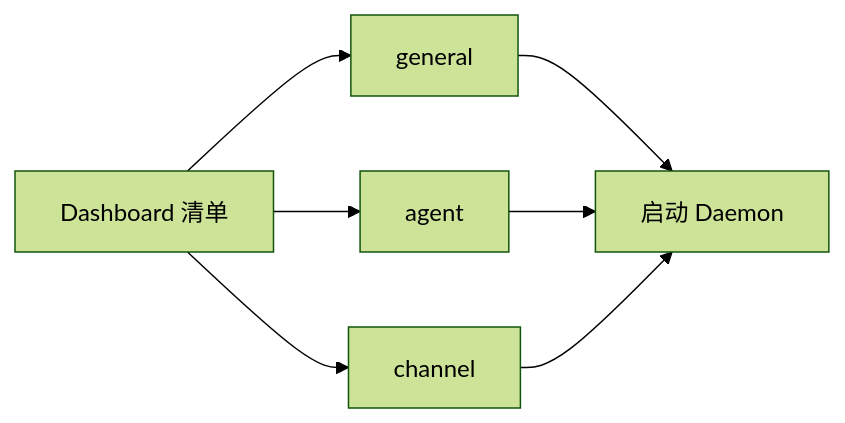
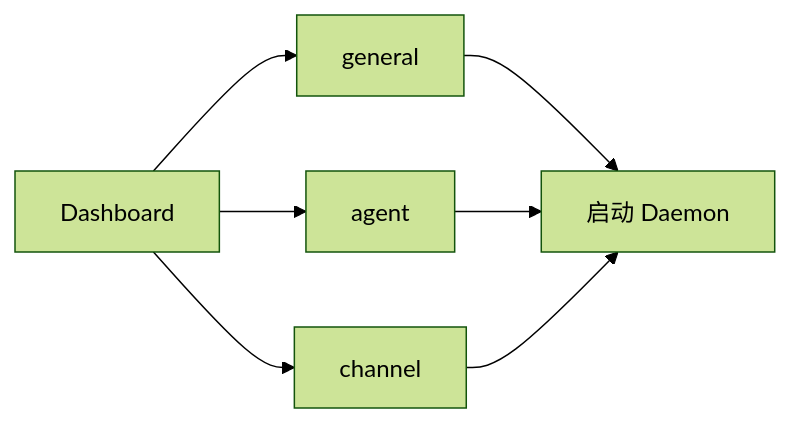
Before and after one commit to lk-eternal/cursor-claw: the diagram in knowledge/工程平台/Electron桌面应用/03-渲染端界面.md, drawn with Mermaid (forest theme). The commit also changed other lines of this file and 19 other files, not shown here.

````diff
--- a/knowledge/工程平台/Electron桌面应用/03-渲染端界面.md
+++ b/knowledge/工程平台/Electron桌面应用/03-渲染端界面.md
@@ -31,9 +33,9 @@
 ```mermaid
 flowchart LR
-  D[Dashboard 清单] --> G[general]
+  D[Dashboard] --> G[general]
   D --> A[agent]
   D --> C[channel]
   G --> Start[启动 Daemon]
   A --> Start
   C --> Start
 ```
````
